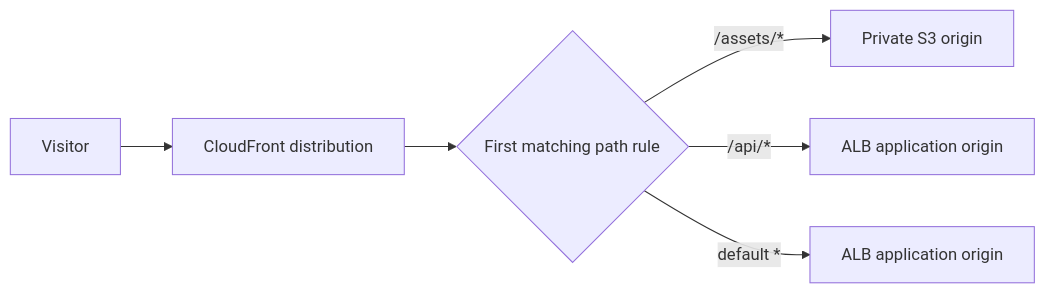
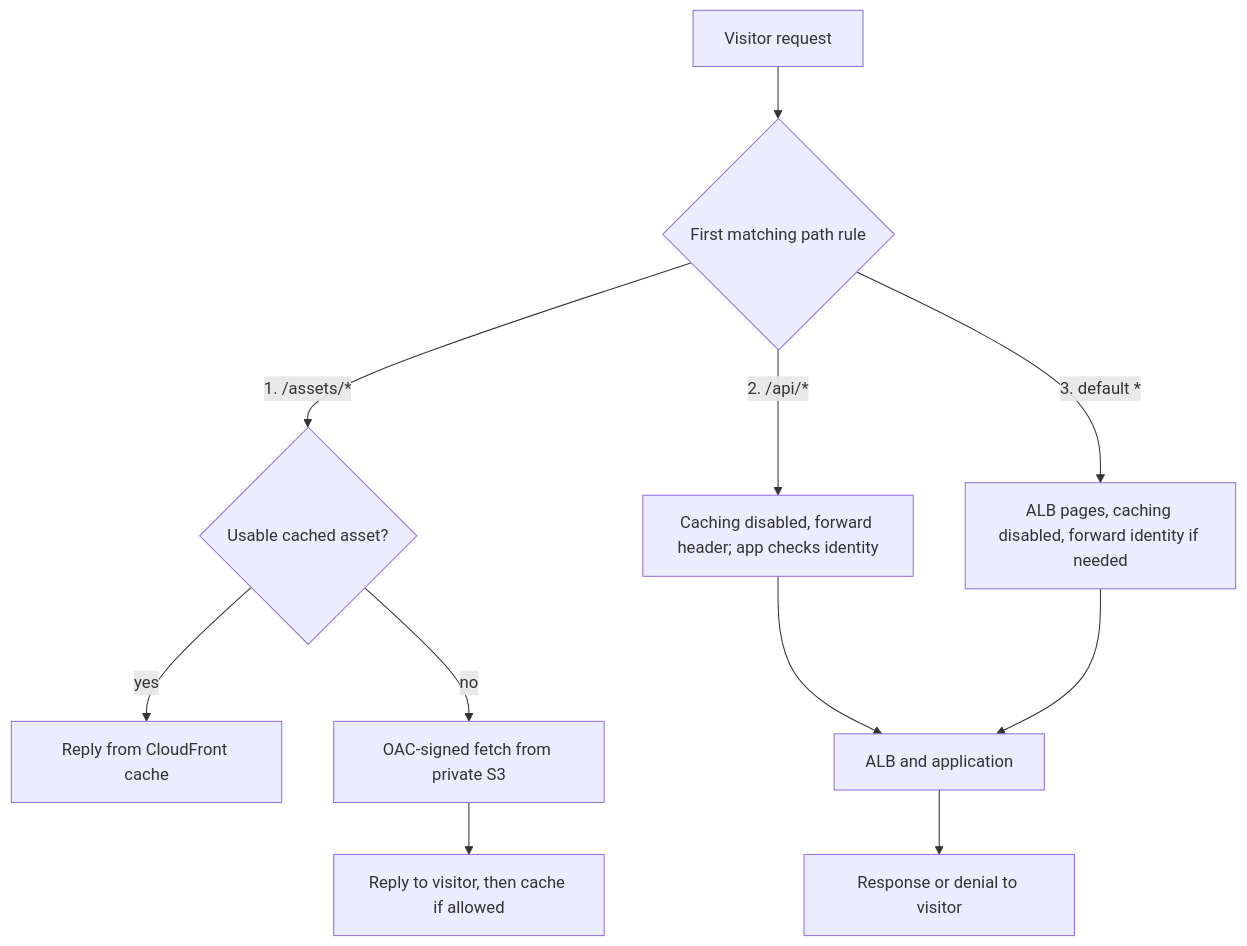
Before and after one commit to David-A18/MY-humble-knowledge-for-everyone: the diagram in knowledge/cloud/aws/networking/cloudfront.md, drawn with Mermaid. The commit also changed other lines of this file and 6 other files, not shown here.

Commit message:
Clarify CloudFront cache and origin boundaries

````diff
--- a/knowledge/cloud/aws/networking/cloudfront.md
+++ b/knowledge/cloud/aws/networking/cloudfront.md
@@ -101,8 +146,13 @@
 ```mermaid
-flowchart LR
-  visitor["Visitor"] --> distribution["CloudFront distribution"]
-  distribution --> match{"First matching path rule"}
-  match -- "/assets/*" --> assets["Private S3 origin"]
-  match -- "/api/*" --> api["ALB application origin"]
-  match -- "default *" --> pages["ALB application origin"]
+flowchart TD
+  visitor["Visitor request"] --> match{"First matching path rule"}
+  match -- "1. /assets/*" --> assetCache{"Usable cached asset?"}
+  assetCache -- yes --> edge["Reply from CloudFront cache"]
+  assetCache -- no --> s3["OAC-signed fetch from private S3"]
+  s3 --> assetReply["Reply to visitor, then cache if allowed"]
+  match -- "2. /api/*" --> api["Caching disabled, forward header; app checks identity"]
+  api --> alb["ALB and application"]
+  alb --> apiReply["Response or denial to visitor"]
+  match -- "3. default *" --> pages["ALB pages, caching disabled, forward identity if needed"]
+  pages --> alb
 ```
````
